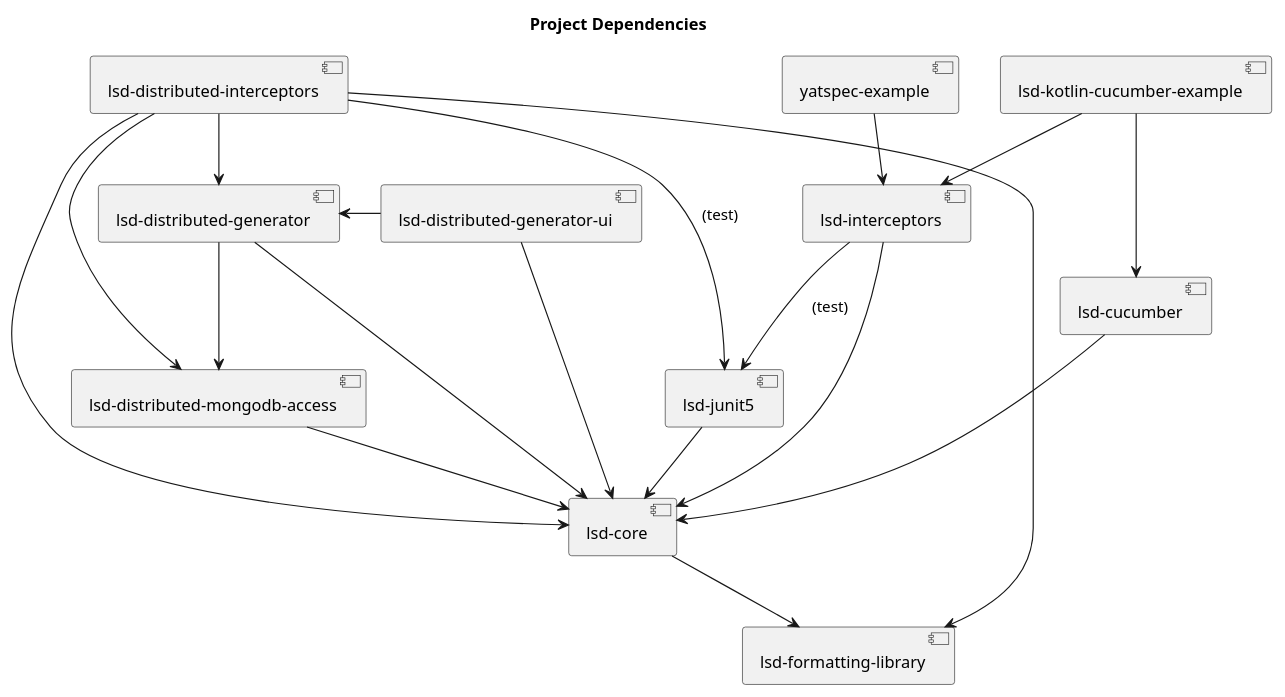
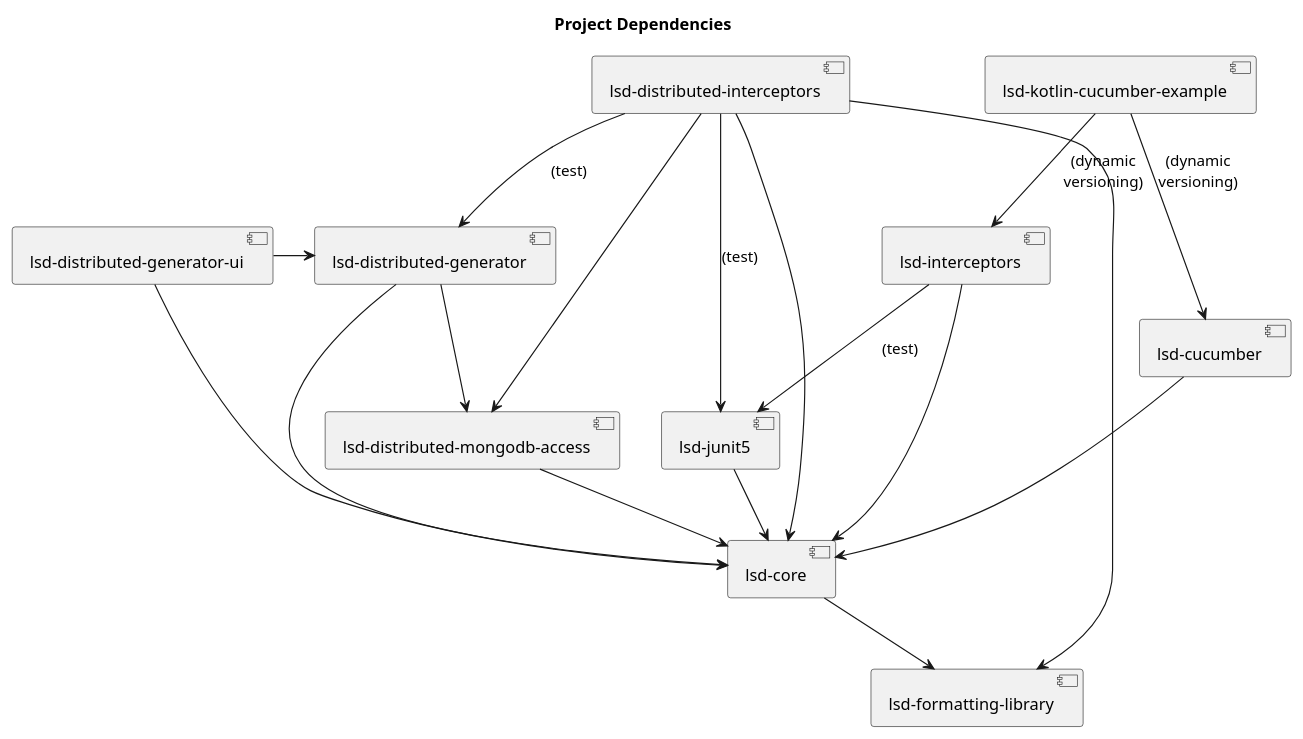
Before and after one commit to lsd-consulting/lsd-core: the diagram in docs/project_dependency_graph.puml, drawn with PlantUML.

Commit message:
chore: Update dependency diagram

```diff
--- a/docs/project_dependency_graph.puml
+++ b/docs/project_dependency_graph.puml
@@ -4,25 +4,24 @@
 @startuml
 title Project Dependencies
 
 [lsd-core] --> [lsd-formatting-library]
 [lsd-cucumber] --> [lsd-core]
 [lsd-distributed-generator-ui] -> [lsd-core]
 [lsd-distributed-generator-ui] -> [lsd-distributed-generator]
 [lsd-distributed-generator] --> [lsd-core]
 [lsd-distributed-generator] --> [lsd-distributed-mongodb-access]
 [lsd-distributed-interceptors] --> [lsd-core]
-[lsd-distributed-interceptors] --> [lsd-distributed-generator]
+[lsd-distributed-interceptors] --> [lsd-distributed-generator] : (test)
 [lsd-distributed-interceptors] --> [lsd-distributed-mongodb-access]
 [lsd-distributed-interceptors] --> [lsd-junit5]: (test)
 [lsd-distributed-interceptors] -->[lsd-formatting-library]
 [lsd-distributed-mongodb-access] --> [lsd-core]
 [lsd-interceptors] --> [lsd-core]
 [lsd-interceptors] --> [lsd-junit5] : (test)
 [lsd-junit5] --> [lsd-core]
-[lsd-kotlin-cucumber-example] --> [lsd-cucumber]
-[lsd-kotlin-cucumber-example] --> [lsd-interceptors]
-[yatspec-example] --> [lsd-interceptors]
+[lsd-kotlin-cucumber-example] --> [lsd-cucumber] : (dynamic\nversioning)
+[lsd-kotlin-cucumber-example] --> [lsd-interceptors] : (dynamic\nversioning)
 
 hide unlinked
 
 @enduml
```
